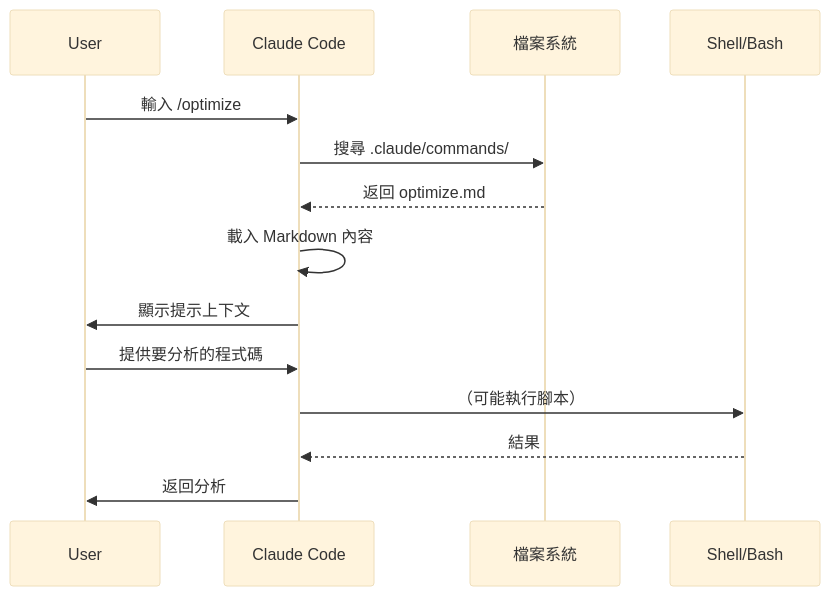
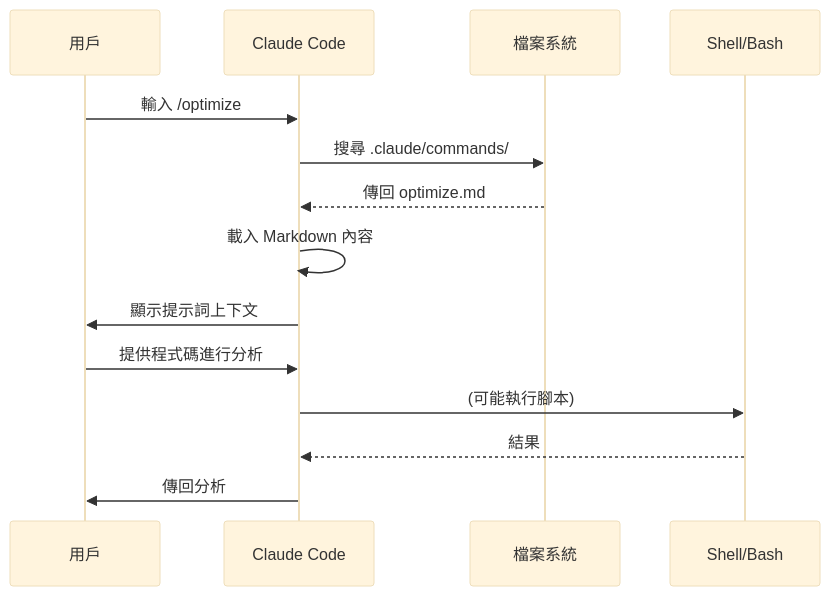
Before and after one commit to huckly/claude-howto-zh-tw: the third of 22 diagrams in claude_concepts_guide.md, drawn with Mermaid (base theme). The commit also changed other lines of this file and 6 other files, not shown here.

````diff
--- a/claude_concepts_guide.md
+++ b/claude_concepts_guide.md
@@ -183,17 +172,17 @@
 ```mermaid
 sequenceDiagram
-    participant User
+    participant 用戶
     participant Claude as Claude Code
     participant FS as 檔案系統
     participant CLI as Shell/Bash
 
-    User->>Claude: 輸入 /optimize
+    用戶->>Claude: 輸入 /optimize
     Claude->>FS: 搜尋 .claude/commands/
-    FS-->>Claude: 返回 optimize.md
+    FS-->>Claude: 傳回 optimize.md
     Claude->>Claude: 載入 Markdown 內容
-    Claude->>User: 顯示提示上下文
-    User->>Claude: 提供要分析的程式碼
-    Claude->>CLI: （可能執行腳本）
+    Claude->>用戶: 顯示提示詞上下文
+    用戶->>Claude: 提供程式碼進行分析
+    Claude->>CLI: (可能執行腳本)
     CLI-->>Claude: 結果
-    Claude->>User: 返回分析
+    Claude->>用戶: 傳回分析
 ```
````
